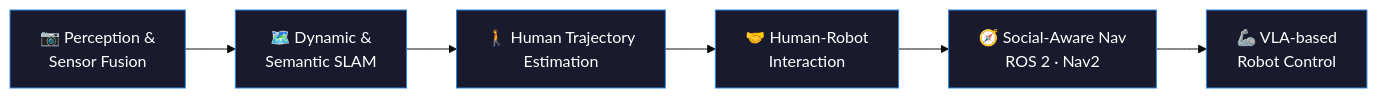
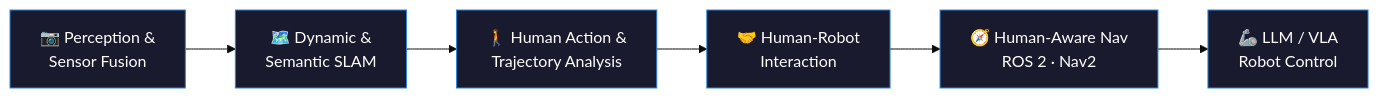
One commit to basheeraltawil/basheeraltawil changed the diagram in README.md. Above: the diagram before and after it, drawn with Mermaid (base theme). The commit also changed other lines of this file, not shown here.

````diff
--- a/README.md
+++ b/README.md
@@ -40,15 +42,15 @@
 ```mermaid
 flowchart LR
     A["📷 Perception &<br/>Sensor Fusion"] --> B["🗺️ Dynamic &<br/>Semantic SLAM"]
-    B --> C["🚶 Human Trajectory<br/>Estimation"]
+    B --> C["🚶 Human Action &<br/>Trajectory Analysis"]
     C --> D["🤝 Human-Robot<br/>Interaction"]
-    D --> E["🧭 Social-Aware Nav<br/>ROS 2 · Nav2"]
-    E --> F["🦾 VLA-based<br/>Robot Control"]
+    D --> E["🧭 Human-Aware Nav<br/>ROS 2 · Nav2"]
+    E --> F["🦾 LLM / VLA<br/>Robot Control"]
 
     style A fill:#1a1a2e,stroke:#2E86DE,color:#fff
     style B fill:#1a1a2e,stroke:#2E86DE,color:#fff
     style C fill:#1a1a2e,stroke:#2E86DE,color:#fff
     style D fill:#1a1a2e,stroke:#2E86DE,color:#fff
     style E fill:#1a1a2e,stroke:#2E86DE,color:#fff
     style F fill:#1a1a2e,stroke:#2E86DE,color:#fff
 ```
````
